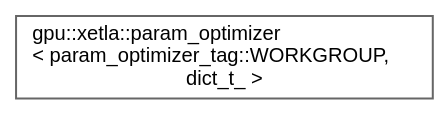
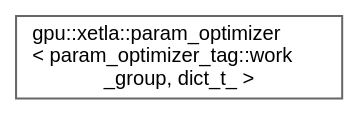
Before and after one commit to intel/xetla: the diagram in docs/inherit_graph_260.dot, drawn with Graphviz. The commit also changed 313 other files, not shown here.

```diff
--- a/docs/inherit_graph_260.dot
+++ b/docs/inherit_graph_260.dot
@@ -1,9 +1,9 @@
 digraph "Graphical Class Hierarchy"
 {
  // LATEX_PDF_SIZE
   bgcolor="transparent";
   edge [fontname=Helvetica,fontsize=10,labelfontname=Helvetica,labelfontsize=10];
   node [fontname=Helvetica,fontsize=10,shape=box,height=0.2,width=0.4];
   rankdir="LR";
-  Node0 [id="Node000000",label="gpu::xetla::param_optimizer\l\< param_optimizer_tag::WORKGROUP,\l dict_t_ \>",height=0.2,width=0.4,color="grey40", fillcolor="white", style="filled",URL="$structgpu_1_1xetla_1_1param__optimizer_3_01param__optimizer__tag_1_1WORKGROUP_00_01dict__t___01_4.html",tooltip=" "];
+  Node0 [id="Node000000",label="gpu::xetla::param_optimizer\l\< param_optimizer_tag::work\l_group, dict_t_ \>",height=0.2,width=0.4,color="grey40", fillcolor="white", style="filled",URL="$structgpu_1_1xetla_1_1param__optimizer_3_01param__optimizer__tag_1_1work__group_00_01dict__t___01_4.html",tooltip=" "];
 }
```
